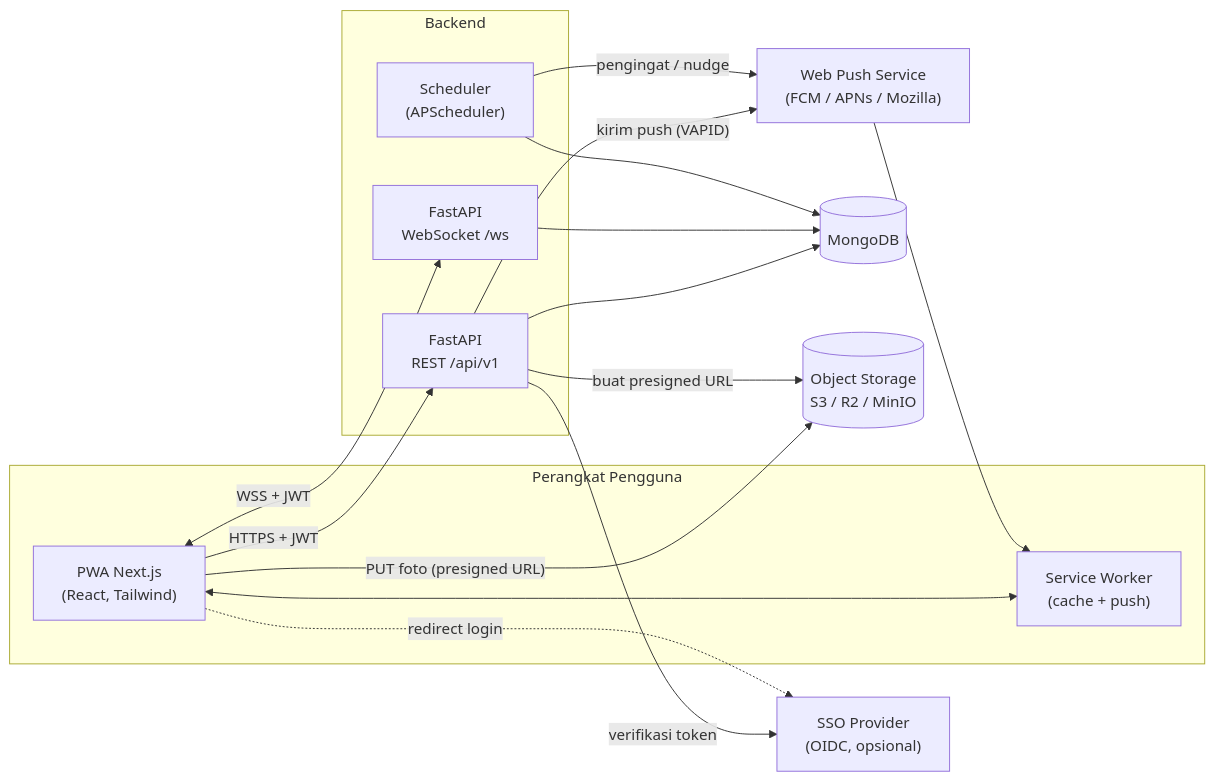
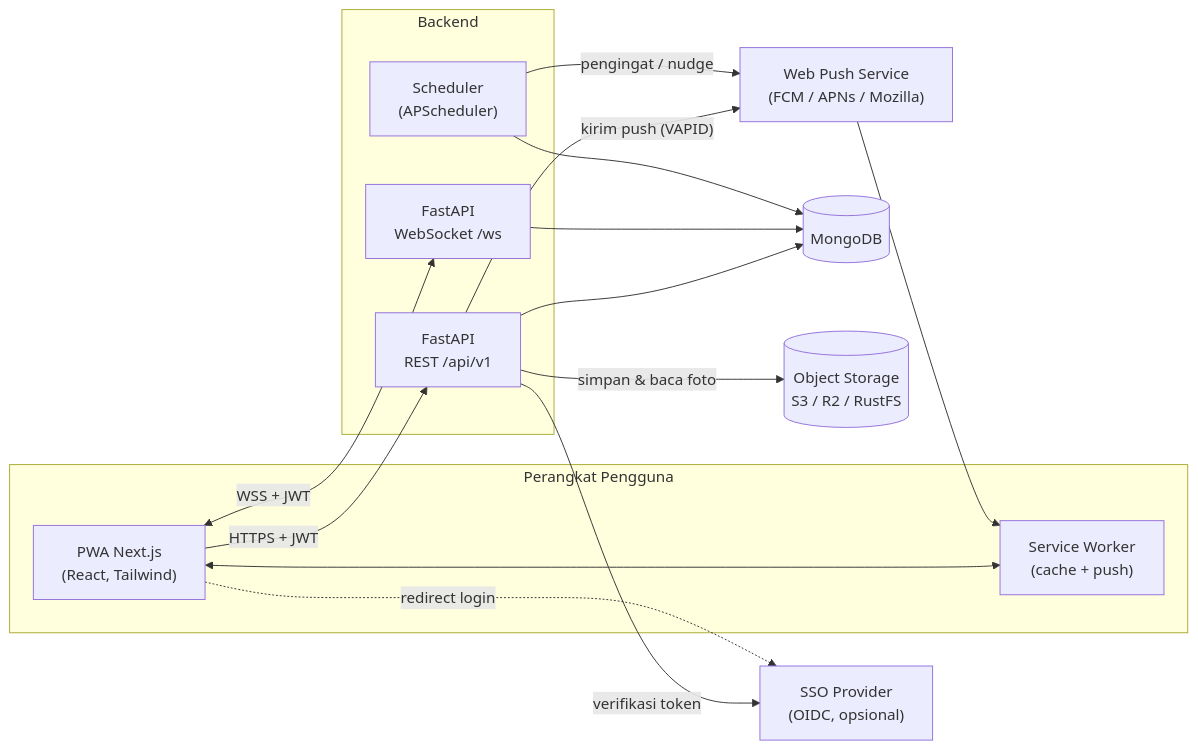
The first of 4 diagrams in docs/ARCHITECTURE.md (keithblue9/ReadQuest), drawn with Mermaid before and after one commit. The commit also changed other lines of this file and 68 other files, not shown here.

````diff
--- a/docs/ARCHITECTURE.md
+++ b/docs/ARCHITECTURE.md
@@ -18,33 +18,32 @@
 ```mermaid
 flowchart LR
     subgraph Client["Perangkat Pengguna"]
         PWA["PWA Next.js<br/>(React, Tailwind)"]
         SW["Service Worker<br/>(cache + push)"]
         PWA <--> SW
     end
 
     subgraph Server["Backend"]
         API["FastAPI<br/>REST /api/v1"]
         WS["FastAPI<br/>WebSocket /ws"]
         JOBS["Scheduler<br/>(APScheduler)"]
     end
 
     DB[("MongoDB")]
-    OBJ[("Object Storage<br/>S3 / R2 / MinIO")]
+    OBJ[("Object Storage<br/>S3 / R2 / RustFS")]
     PUSH["Web Push Service<br/>(FCM / APNs / Mozilla)"]
     IDP["SSO Provider<br/>(OIDC, opsional)"]
 
     PWA -- "HTTPS + JWT" --> API
     PWA <-- "WSS + JWT" --> WS
-    PWA -- "PUT foto (presigned URL)" --> OBJ
     PWA -. "redirect login" .-> IDP
     API -- "verifikasi token" --> IDP
 
     API --> DB
     WS --> DB
     JOBS --> DB
-    API -- "buat presigned URL" --> OBJ
+    API -- "simpan & baca foto" --> OBJ
     API -- "kirim push (VAPID)" --> PUSH
     JOBS -- "pengingat / nudge" --> PUSH
     PUSH --> SW
 ```
````
